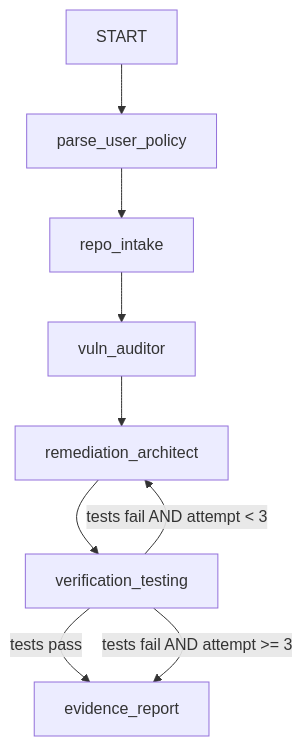
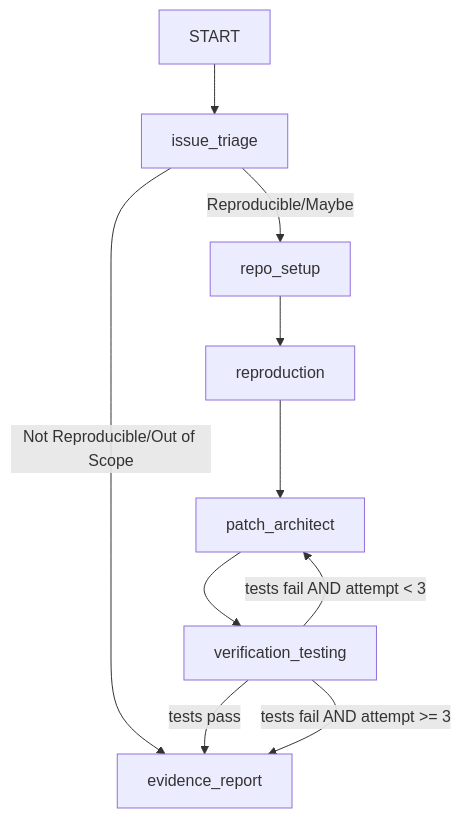
The diagram in README.md (Abdullah-k0de/BugRepro), drawn with Mermaid before and after one commit. The commit also changed other lines of this file and 18 other files, not shown here.

````diff
--- a/README.md
+++ b/README.md
@@ -27,11 +27,12 @@
 ```mermaid
 graph TD
-  START --> parse_user_policy
-  parse_user_policy --> repo_intake
-  repo_intake --> vuln_auditor
-  vuln_auditor --> remediation_architect
-  remediation_architect --> verification_testing
+  START --> issue_triage
+  issue_triage -- "Reproducible/Maybe" --> repo_setup
+  issue_triage -- "Not Reproducible/Out of Scope" --> evidence_report
+  repo_setup --> reproduction
+  reproduction --> patch_architect
+  patch_architect --> verification_testing
   verification_testing -- "tests pass" --> evidence_report
-  verification_testing -- "tests fail AND attempt < 3" --> remediation_architect
+  verification_testing -- "tests fail AND attempt < 3" --> patch_architect
   verification_testing -- "tests fail AND attempt >= 3" --> evidence_report
 ```
````
